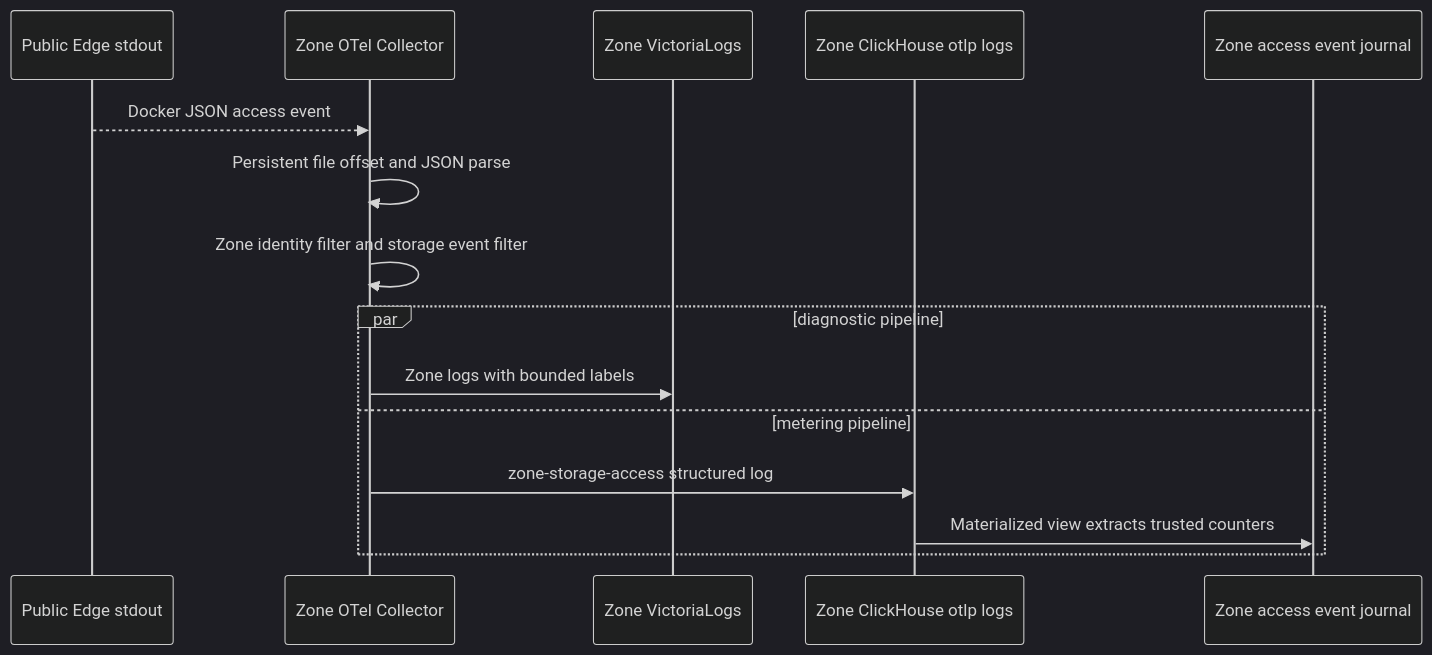
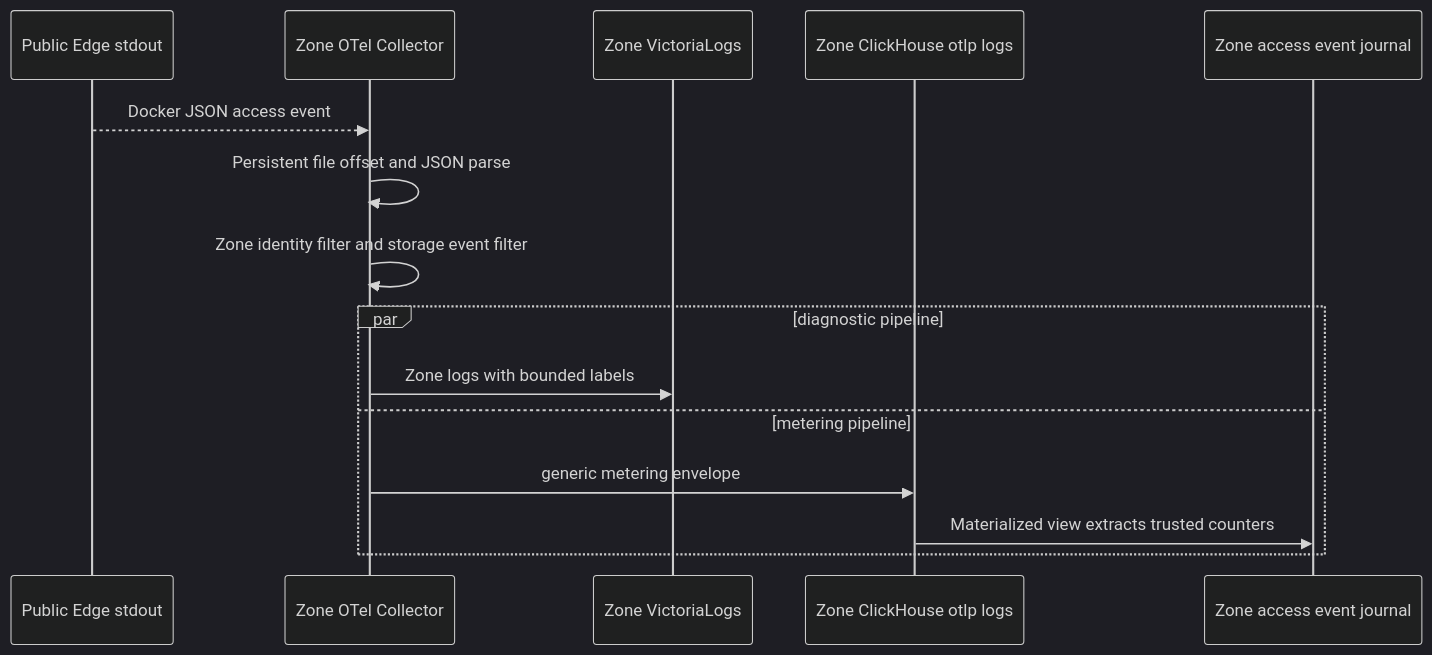
The second of 3 diagrams in god_view/storage/storage_usage_report_publish_god_view_workflow.md (phucle996/aurora), drawn with Mermaid (dark theme) before and after one commit. The commit also changed other lines of this file and 9 other files, not shown here.

Commit message:
refactor: standardize metering event envelope

````diff
--- a/god_view/storage/storage_usage_report_publish_god_view_workflow.md
+++ b/god_view/storage/storage_usage_report_publish_god_view_workflow.md
@@ -85,18 +91,18 @@
 ```mermaid
 sequenceDiagram
     participant E as Public Edge stdout
     participant O as Zone OTel Collector
     participant V as Zone VictoriaLogs
     participant C as Zone ClickHouse otlp logs
     participant J as Zone access event journal
 
     E-->>O: Docker JSON access event
     O->>O: Persistent file offset and JSON parse
     O->>O: Zone identity filter and storage event filter
     par diagnostic pipeline
         O->>V: Zone logs with bounded labels
     and metering pipeline
-        O->>C: zone-storage-access structured log
+        O->>C: generic metering envelope
         C->>J: Materialized view extracts trusted counters
     end
 ```
````
